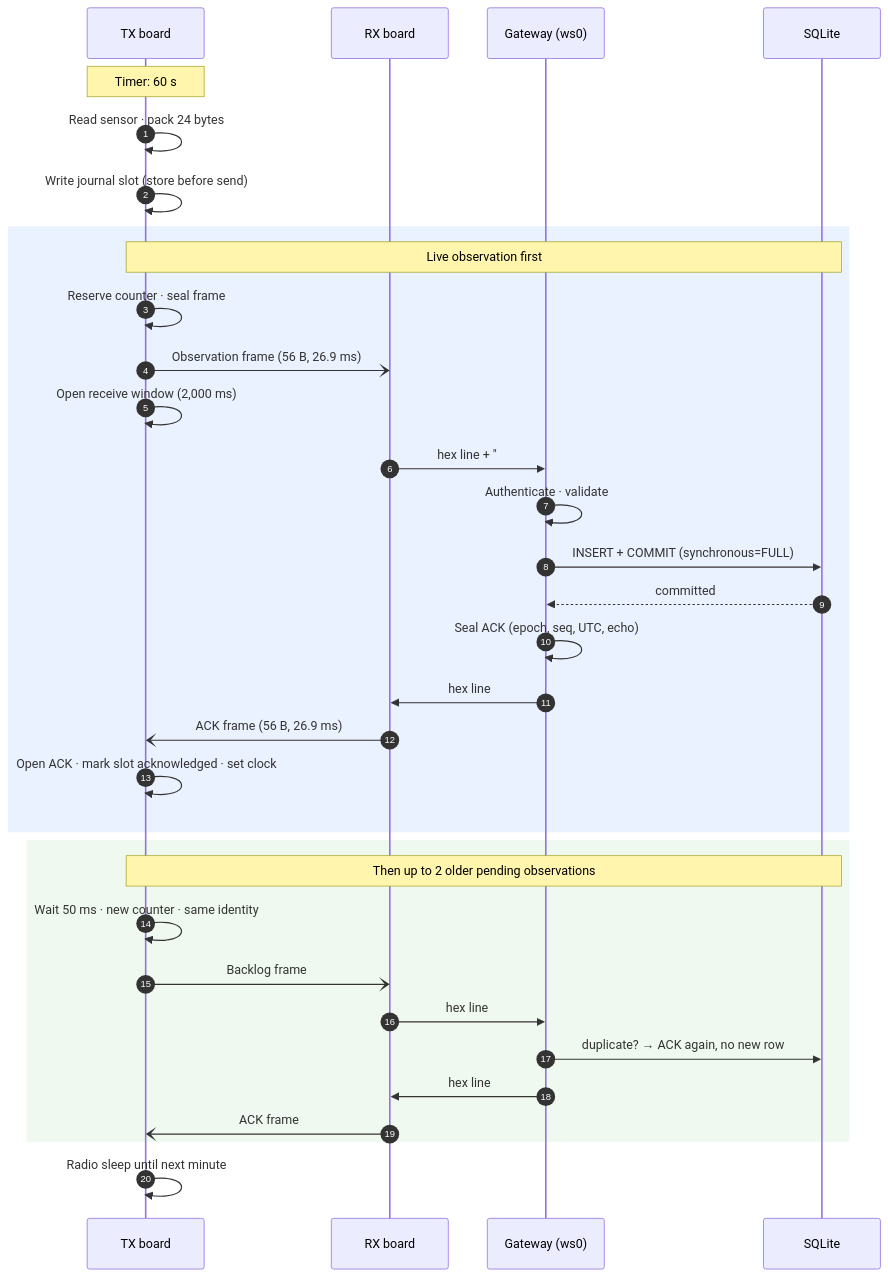
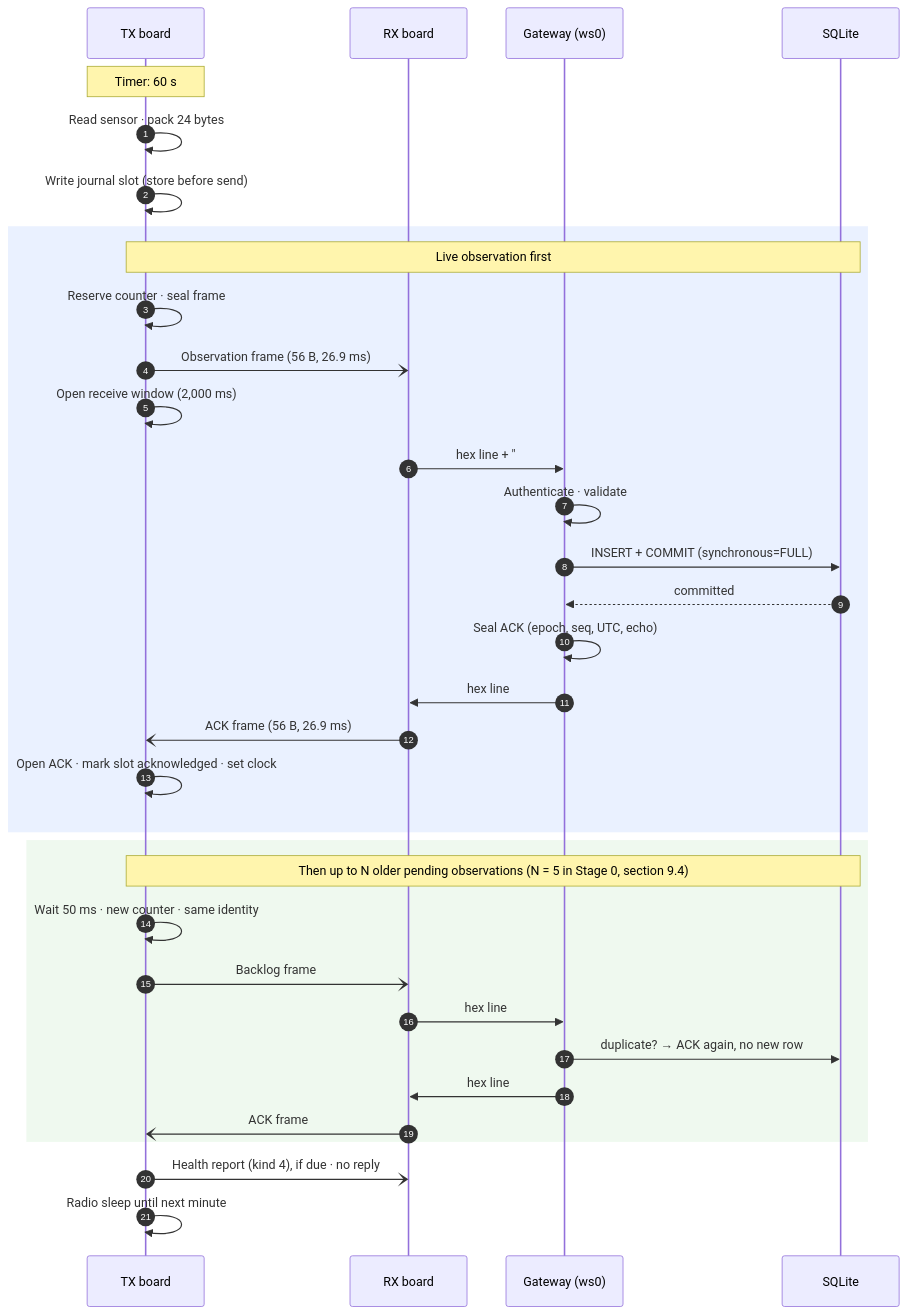
One commit to clintecker/weather-station-2026 changed the sixth of 11 diagrams in docs/protocol-stack.md. Above: the diagram before and after it, drawn with Mermaid. The commit also changed other lines of this file and 29 other files, not shown here.

````diff
--- a/docs/protocol-stack.md
+++ b/docs/protocol-stack.md
@@ -439,35 +477,36 @@
 ```mermaid
 sequenceDiagram
   autonumber
   participant TX as TX board
   participant RX as RX board
   participant GW as Gateway (ws0)
   participant DB as SQLite
   Note over TX: Timer: 60 s
   TX->>TX: Read sensor · pack 24 bytes
   TX->>TX: Write journal slot (store before send)
   rect rgba(80,140,255,0.12)
   Note over TX,DB: Live observation first
   TX->>TX: Reserve counter · seal frame
   TX-)RX: Observation frame (56 B, 26.9 ms)
   TX->>TX: Open receive window (2,000 ms)
   RX->>GW: hex line + "#rx obs rssi snr"
   GW->>GW: Authenticate · validate
   GW->>DB: INSERT + COMMIT (synchronous=FULL)
   DB-->>GW: committed
   GW->>GW: Seal ACK (epoch, seq, UTC, echo)
   GW->>RX: hex line
   RX-)TX: ACK frame (56 B, 26.9 ms)
   TX->>TX: Open ACK · mark slot acknowledged · set clock
   end
   rect rgba(120,200,120,0.12)
-  Note over TX,DB: Then up to 2 older pending observations
+  Note over TX,DB: Then up to N older pending observations (N = 5 in Stage 0, section 9.4)
   TX->>TX: Wait 50 ms · new counter · same identity
   TX-)RX: Backlog frame
   RX->>GW: hex line
   GW->>DB: duplicate? → ACK again, no new row
   GW->>RX: hex line
   RX-)TX: ACK frame
   end
+  TX-)RX: Health report (kind 4), if due · no reply
   TX->>TX: Radio sleep until next minute
 ```
````
